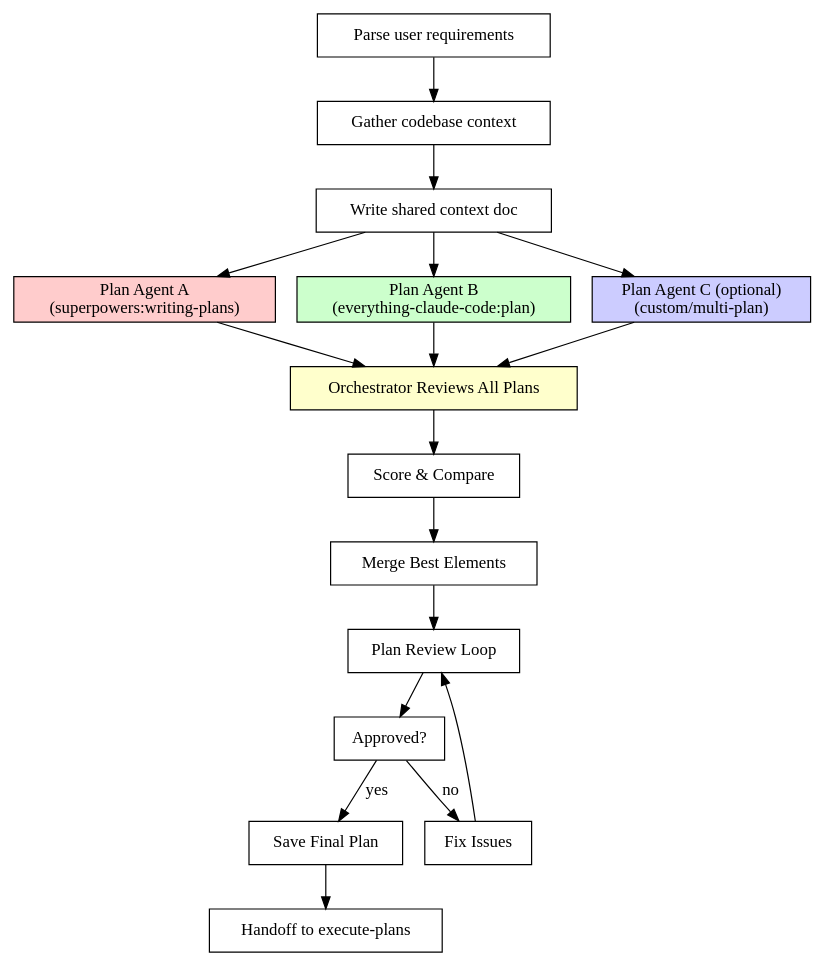
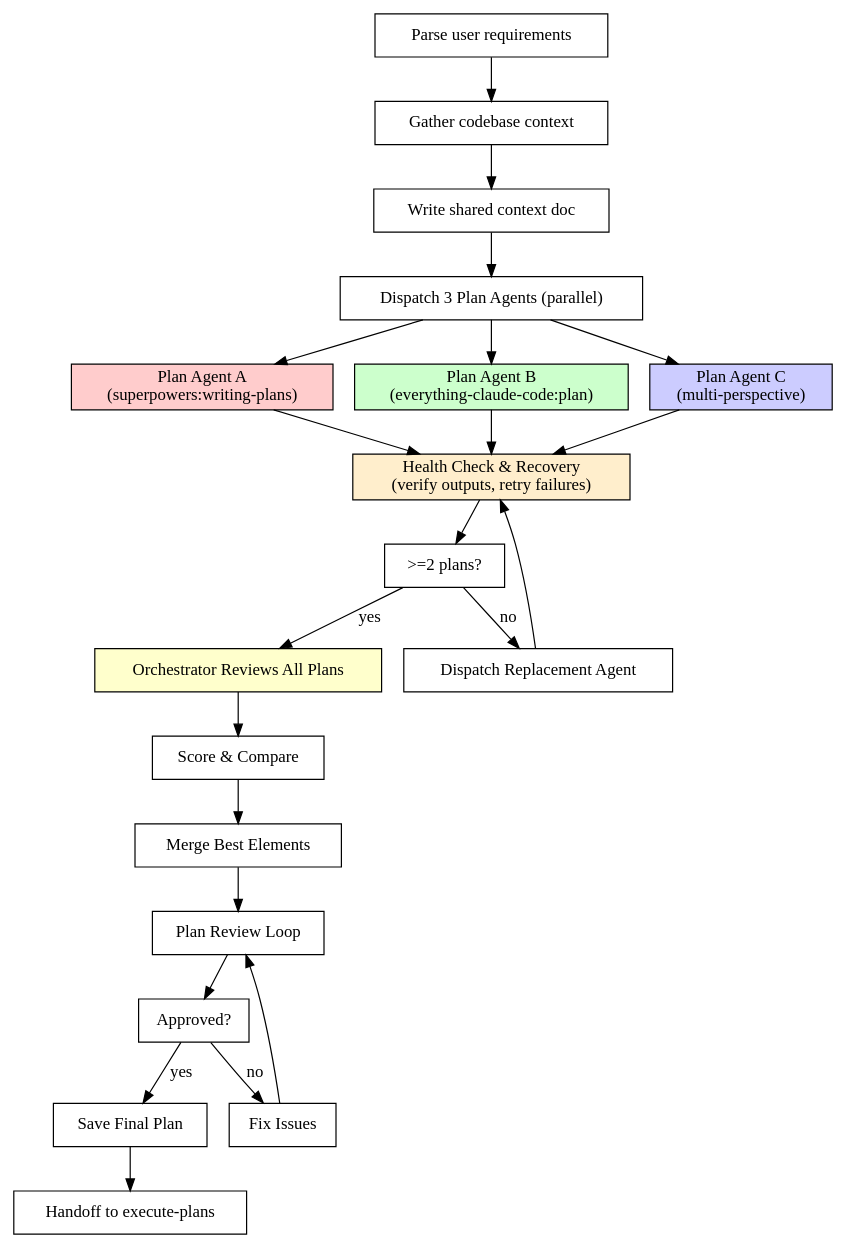
One commit to Louis-Leee/saturation-agnet-team-coding changed the diagram in skills/saturated-agent-team-coding/write-plans.md. Above: the diagram before and after it, drawn with Graphviz. The commit also changed other lines of this file and 1 other file, not shown here.

First line of the commit message:
feat: add agent health check & recovery, enforce 3 mandatory planning agents

````diff
--- a/skills/saturated-agent-team-coding/write-plans.md
+++ b/skills/saturated-agent-team-coding/write-plans.md
@@ -24,30 +24,38 @@
 ```dot
 digraph write_plans {
     rankdir=TB;
     node [shape=box];
 
     "Parse user requirements" -> "Gather codebase context";
     "Gather codebase context" -> "Write shared context doc";
-    "Write shared context doc" -> "Dispatch Plan Agent A";
-    "Write shared context doc" -> "Dispatch Plan Agent B";
-    "Write shared context doc" -> "Dispatch Plan Agent C (optional)";
+    "Write shared context doc" -> "Dispatch 3 Plan Agents (parallel)";
 
-    "Dispatch Plan Agent A" [style=filled, fillcolor="#ffcccc", label="Plan Agent A\n(superpowers:writing-plans)"];
-    "Dispatch Plan Agent B" [style=filled, fillcolor="#ccffcc", label="Plan Agent B\n(everything-claude-code:plan)"];
-    "Dispatch Plan Agent C (optional)" [style=filled, fillcolor="#ccccff", label="Plan Agent C (optional)\n(custom/multi-plan)"];
+    "Plan Agent A\n(superpowers:writing-plans)" [style=filled, fillcolor="#ffcccc"];
+    "Plan Agent B\n(everything-claude-code:plan)" [style=filled, fillcolor="#ccffcc"];
+    "Plan Agent C\n(multi-perspective)" [style=filled, fillcolor="#ccccff"];
 
-    "Dispatch Plan Agent A" -> "Orchestrator Reviews All Plans";
-    "Dispatch Plan Agent B" -> "Orchestrator Reviews All Plans";
-    "Dispatch Plan Agent C (optional)" -> "Orchestrator Reviews All Plans";
+    "Dispatch 3 Plan Agents (parallel)" -> "Plan Agent A\n(superpowers:writing-plans)";
+    "Dispatch 3 Plan Agents (parallel)" -> "Plan Agent B\n(everything-claude-code:plan)";
+    "Dispatch 3 Plan Agents (parallel)" -> "Plan Agent C\n(multi-perspective)";
+
+    "Plan Agent A\n(superpowers:writing-plans)" -> "Health Check & Recovery";
+    "Plan Agent B\n(everything-claude-code:plan)" -> "Health Check & Recovery";
+    "Plan Agent C\n(multi-perspective)" -> "Health Check & Recovery";
+
+    "Health Check & Recovery" [style=filled, fillcolor="#ffeecc", label="Health Check & Recovery\n(verify outputs, retry failures)"];
+    "Health Check & Recovery" -> ">=2 plans?" [shape=diamond];
+    ">=2 plans?" -> "Orchestrator Reviews All Plans" [label="yes"];
+    ">=2 plans?" -> "Dispatch Replacement Agent" [label="no"];
+    "Dispatch Replacement Agent" -> "Health Check & Recovery";
 
     "Orchestrator Reviews All Plans" [style=filled, fillcolor="#ffffcc"];
     "Orchestrator Reviews All Plans" -> "Score & Compare";
     "Score & Compare" -> "Merge Best Elements";
     "Merge Best Elements" -> "Plan Review Loop";
     "Plan Review Loop" -> "Approved?" [shape=diamond];
     "Approved?" -> "Save Final Plan" [label="yes"];
     "Approved?" -> "Fix Issues" [label="no"];
     "Fix Issues" -> "Plan Review Loop";
     "Save Final Plan" -> "Handoff to execute-plans";
 }
 ```
````
